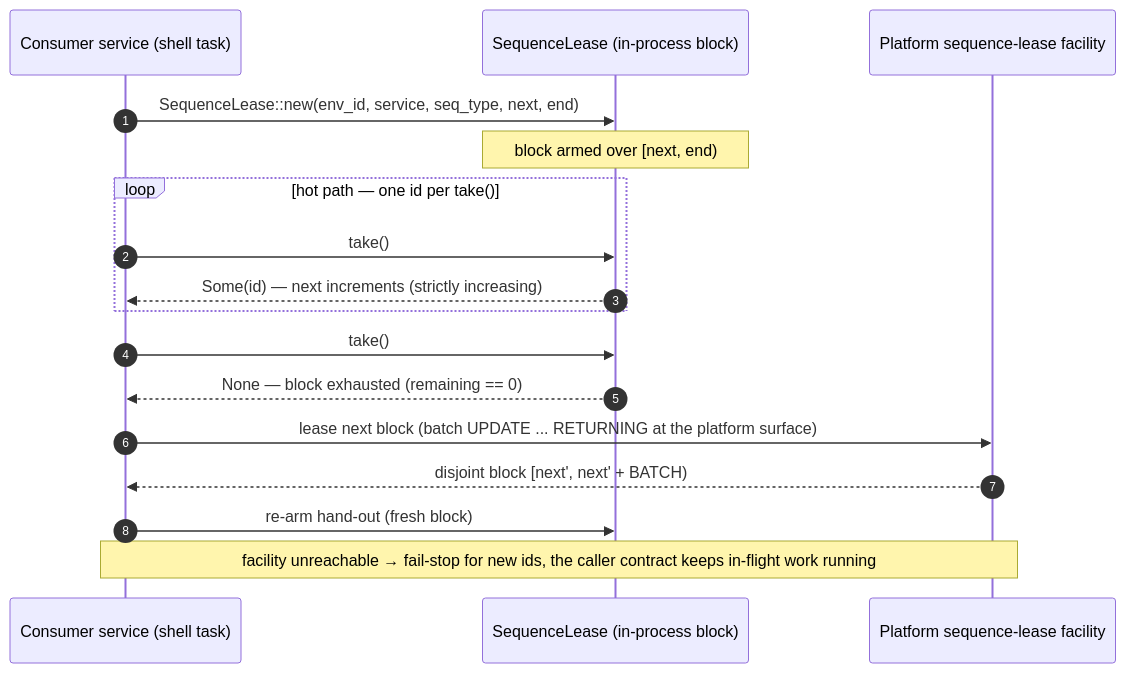
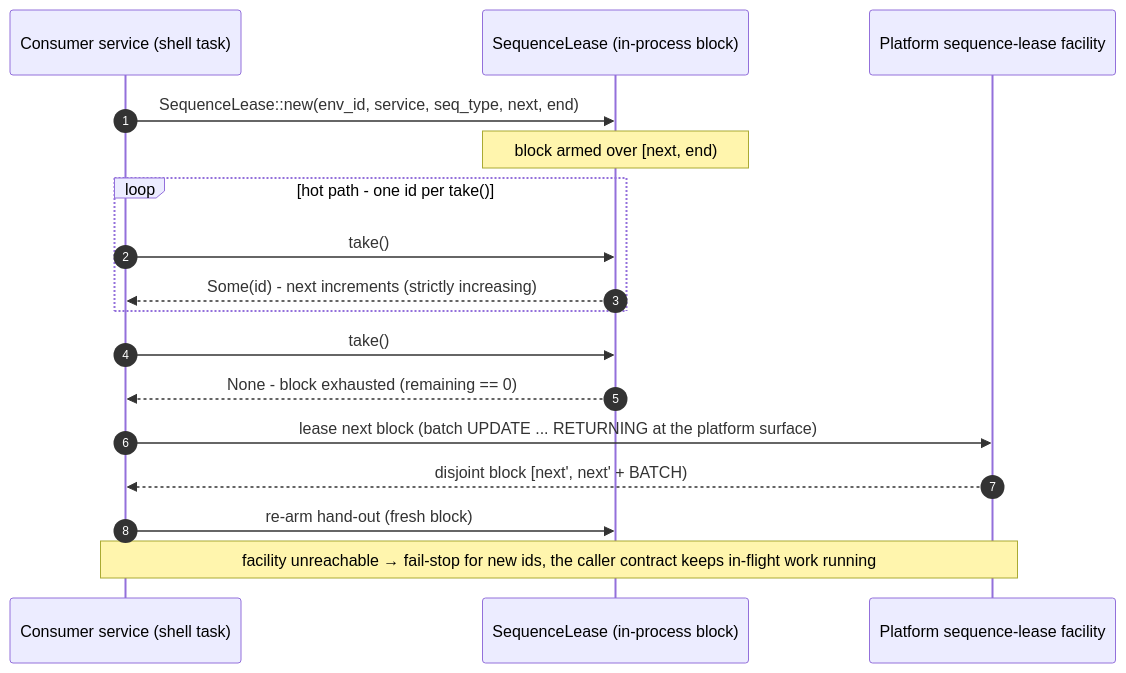
The third of 9 diagrams in crates/wire/DESIGN.md (Exchange8-dev/exchange8-sdk), drawn with Mermaid before and after one commit. The commit also changed other lines of this file and 60 other files, not shown here.

````diff
--- a/crates/wire/DESIGN.md
+++ b/crates/wire/DESIGN.md
@@ -112,20 +112,20 @@
 ```mermaid
 sequenceDiagram
     autonumber
     participant SVC as Consumer service (shell task)
     participant LS as SequenceLease (in-process block)
     participant PLAT as Platform sequence-lease facility
 
     SVC->>LS: SequenceLease::new(env_id, service, seq_type, next, end)
     Note over LS: block armed over [next, end)
-    loop hot path — one id per take()
+    loop hot path - one id per take()
         SVC->>LS: take()
-        LS-->>SVC: Some(id) — next increments (strictly increasing)
+        LS-->>SVC: Some(id) - next increments (strictly increasing)
     end
     SVC->>LS: take()
-    LS-->>SVC: None — block exhausted (remaining == 0)
+    LS-->>SVC: None - block exhausted (remaining == 0)
     SVC->>PLAT: lease next block (batch UPDATE ... RETURNING at the platform surface)
     PLAT-->>SVC: disjoint block [next', next' + BATCH)
     SVC->>LS: re-arm hand-out (fresh block)
     Note over SVC,PLAT: facility unreachable → fail-stop for new ids, the caller contract keeps in-flight work running
 ```
````
